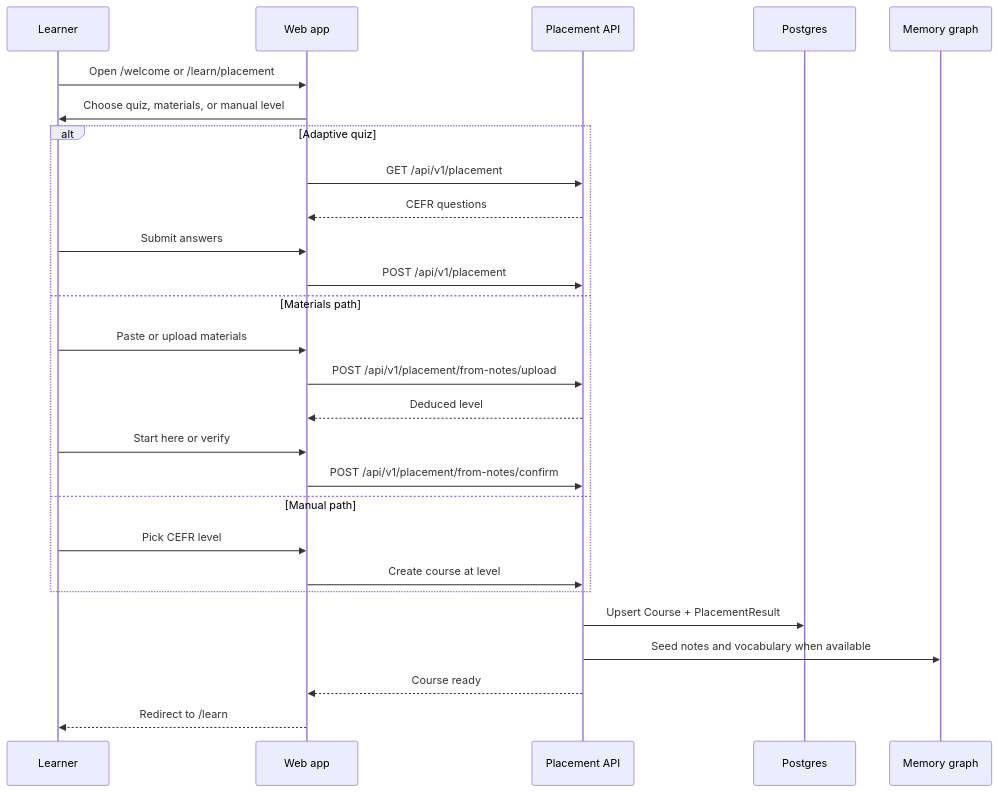
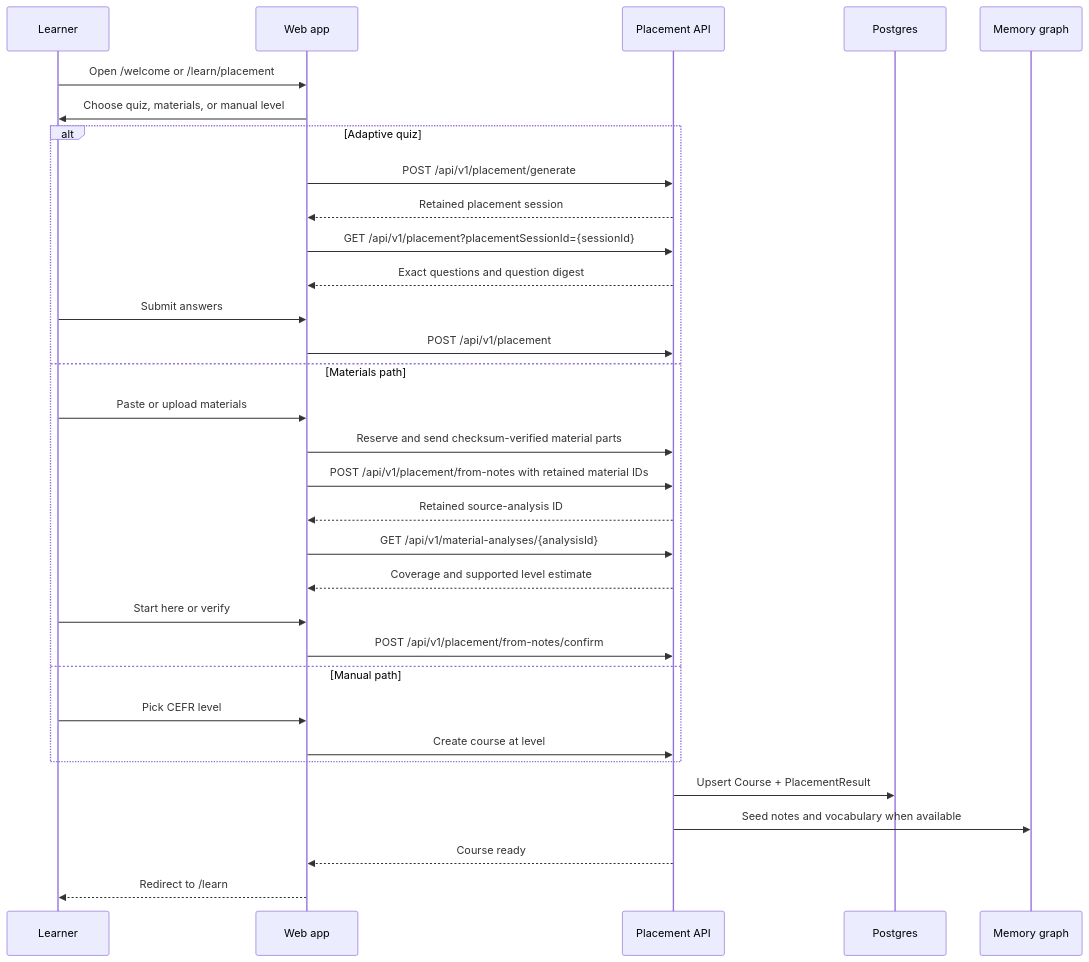
Before and after one commit to affromero/Sotto: the third of 6 diagrams in docs/06-user-flows.md, drawn with Mermaid. The commit also changed other lines of this file and 9 other files, not shown here.

````diff
--- a/docs/06-user-flows.md
+++ b/docs/06-user-flows.md
@@ -198,30 +200,35 @@
 ```mermaid
 sequenceDiagram
     participant L as Learner
     participant W as Web app
     participant P as Placement API
     participant DB as Postgres
     participant M as Memory graph
 
     L->>W: Open /welcome or /learn/placement
     W->>L: Choose quiz, materials, or manual level
     alt Adaptive quiz
-        W->>P: GET /api/v1/placement
-        P-->>W: CEFR questions
+        W->>P: POST /api/v1/placement/generate
+        P-->>W: Retained placement session
+        W->>P: GET /api/v1/placement?placementSessionId={sessionId}
+        P-->>W: Exact questions and question digest
         L->>W: Submit answers
         W->>P: POST /api/v1/placement
     else Materials path
         L->>W: Paste or upload materials
-        W->>P: POST /api/v1/placement/from-notes/upload
-        P-->>W: Deduced level
+        W->>P: Reserve and send checksum-verified material parts
+        W->>P: POST /api/v1/placement/from-notes with retained material IDs
+        P-->>W: Retained source-analysis ID
+        W->>P: GET /api/v1/material-analyses/{analysisId}
+        P-->>W: Coverage and supported level estimate
         L->>W: Start here or verify
         W->>P: POST /api/v1/placement/from-notes/confirm
     else Manual path
         L->>W: Pick CEFR level
         W->>P: Create course at level
     end
     P->>DB: Upsert Course + PlacementResult
     P->>M: Seed notes and vocabulary when available
     P-->>W: Course ready
     W-->>L: Redirect to /learn
 ```
````
